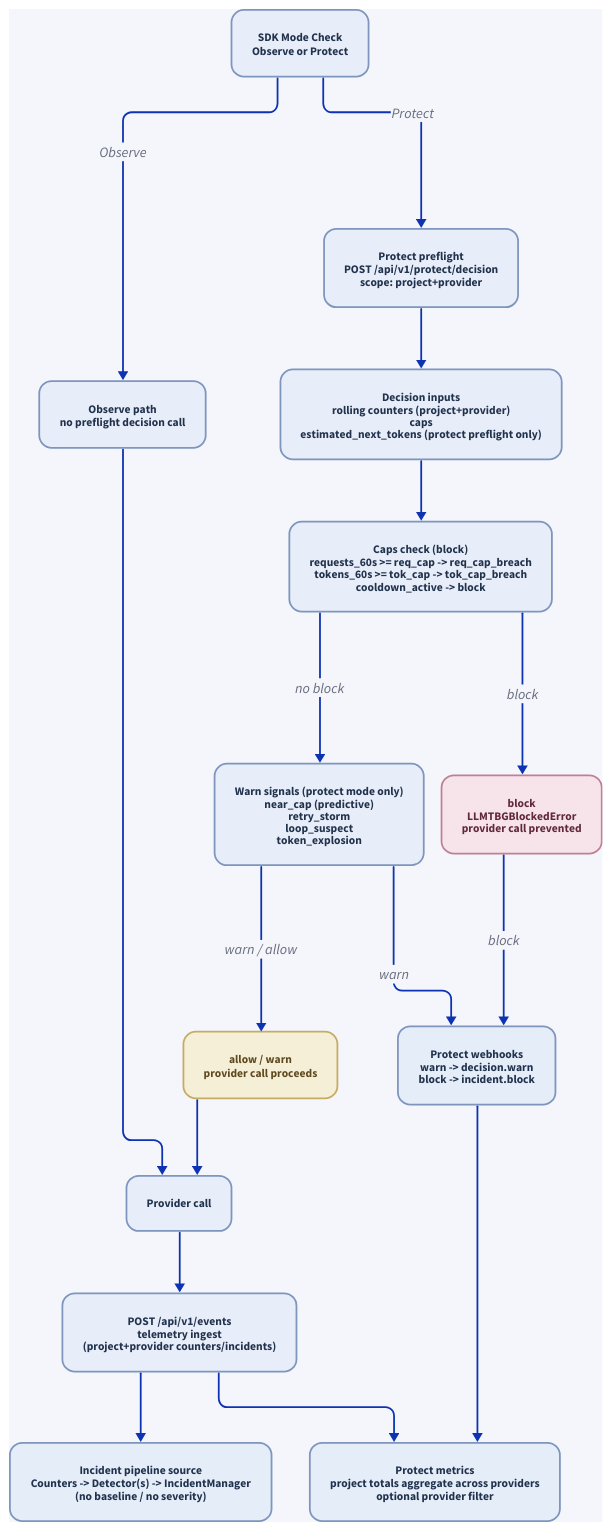
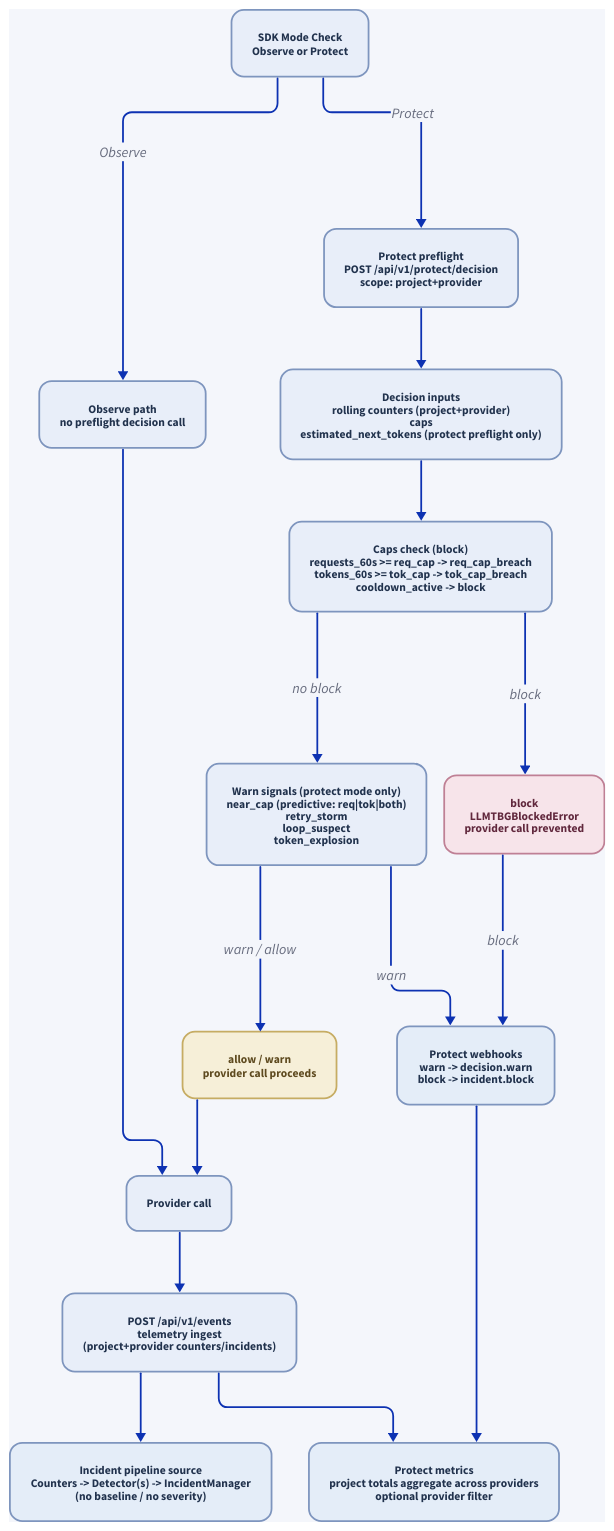
One commit to MichaelTelvin/Rheonic changed the diagram in docs/architecture/protect_decision_flow.d2. Above: the diagram before and after it, drawn with D2. The commit also changed 29 other files, not shown here.

```diff
--- a/docs/architecture/protect_decision_flow.d2
+++ b/docs/architecture/protect_decision_flow.d2
@@ -1,159 +1,159 @@
 direction: down
 
 vars: {
   d2-config: {
     pad: 20
     sketch: false
     layout-engine: elk
   }
 }
 
 style: {
   fill: "#f4f6fb"
 }
 
 sdk_mode: "SDK Mode Check\nObserve or Protect" {
   style: {
     fill: "#e8eef9"
     stroke: "#7e95be"
     font-color: "#21324d"
     border-radius: 14
     font-size: 13
   }
 }
 
 observe: "Observe path\nno preflight decision call" {
   style: {
     fill: "#e8eef9"
     stroke: "#7e95be"
     font-color: "#21324d"
     border-radius: 14
     font-size: 13
   }
 }
 
 preflight: "Protect preflight\nPOST /api/v1/protect/decision\nscope: project+provider" {
   style: {
     fill: "#e8eef9"
     stroke: "#7e95be"
     font-color: "#21324d"
     border-radius: 14
     font-size: 13
   }
 }
 
 inputs: "Decision inputs\nrolling counters (project+provider)\ncaps\nestimated_next_tokens (protect preflight only)" {
   style: {
     fill: "#e8eef9"
     stroke: "#7e95be"
     font-color: "#21324d"
     border-radius: 14
     font-size: 13
   }
 }
 
 caps: "Caps check (block)\nrequests_60s >= req_cap -> req_cap_breach\ntokens_60s >= tok_cap -> tok_cap_breach\ncooldown_active -> block" {
   style: {
     fill: "#e8eef9"
     stroke: "#7e95be"
     font-color: "#21324d"
     border-radius: 14
     font-size: 13
   }
 }
 
-warn_signals: "Warn signals (protect mode only)\nnear_cap (predictive)\nretry_storm\nloop_suspect\ntoken_explosion" {
+warn_signals: "Warn signals (protect mode only)\nnear_cap (predictive: req|tok|both)\nretry_storm\nloop_suspect\ntoken_explosion" {
   style: {
     fill: "#e8eef9"
     stroke: "#7e95be"
     font-color: "#21324d"
     border-radius: 14
     font-size: 13
   }
 }
 
 allow_warn: "allow / warn\nprovider call proceeds" {
   style: {
     fill: "#f6efd8"
     stroke: "#c6ac63"
     font-color: "#5e4a1f"
     border-radius: 14
     font-size: 13
   }
 }
 
 block: "block\nLLMTBGBlockedError\nprovider call prevented" {
   style: {
     fill: "#f7e4ea"
     stroke: "#bf8095"
     font-color: "#61283d"
     border-radius: 14
     font-size: 13
   }
 }
 
 decision_webhooks: "Protect webhooks\nwarn -> decision.warn\nblock -> incident.block" {
   style: {
     fill: "#e4edf8"
     stroke: "#7e95be"
     font-color: "#21324d"
     border-radius: 14
     font-size: 13
   }
 }
 
 provider: "Provider call" {
   style: {
     fill: "#e8eef9"
     stroke: "#7e95be"
     font-color: "#21324d"
     border-radius: 14
     font-size: 13
   }
 }
 
 ingest: "POST /api/v1/events\ntelemetry ingest\n(project+provider counters/incidents)" {
   style: {
     fill: "#e8eef9"
     stroke: "#7e95be"
     font-color: "#21324d"
     border-radius: 14
     font-size: 13
   }
 }
 
 incident_pipeline: "Incident pipeline source\nCounters -> Detector(s) -> IncidentManager\n(no baseline / no severity)" {
   style: {
     fill: "#e4edf8"
     stroke: "#7e95be"
     font-color: "#21324d"
     border-radius: 14
     font-size: 13
   }
 }
 
 metrics: "Protect metrics\nproject totals aggregate across providers\noptional provider filter" {
   style: {
     fill: "#e4edf8"
     stroke: "#7e95be"
     font-color: "#21324d"
     border-radius: 14
     font-size: 13
   }
 }
 
 sdk_mode -> observe: "Observe"
 sdk_mode -> preflight: "Protect"
 observe -> provider
 preflight -> inputs
 inputs -> caps
 caps -> block: "block"
 caps -> warn_signals: "no block"
 warn_signals -> allow_warn: "warn / allow"
 warn_signals -> decision_webhooks: "warn"
 block -> decision_webhooks: "block"
 allow_warn -> provider
 provider -> ingest
 decision_webhooks -> metrics
 ingest -> incident_pipeline
 ingest -> metrics
```
